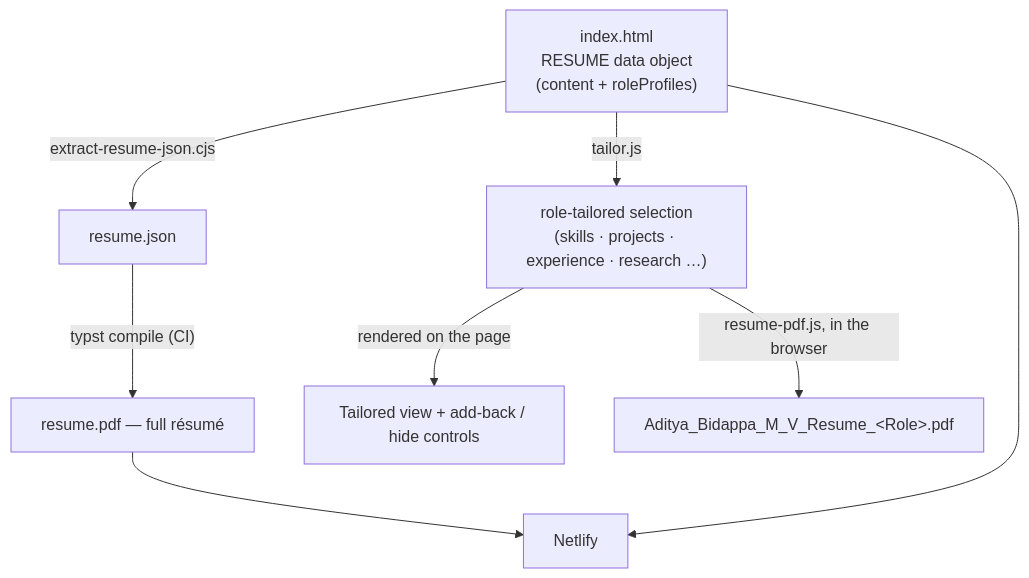
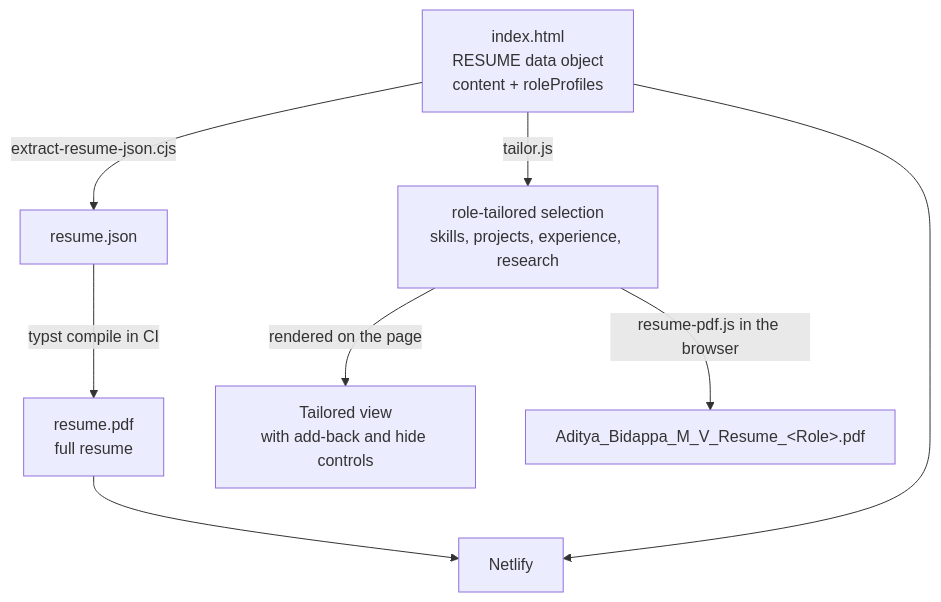
Before and after one commit to BrownJesus69/Resume: the diagram in README.md, drawn with Mermaid.

Commit message:
Make the README architecture diagram robust across Mermaid versions
Quoting the edge labels fixed the parse error, but keep the diagram simple
enough that no renderer can trip on it: ASCII-only text, no parentheses
or HTML entities in labels, and Mermaid's own #lt;/#gt; codes for the
angle brackets in the role filename.

Verified by rendering the old diagram (fails with the same parse error as
on GitHub) and the new one on Mermaid 10.9 and 11: all 7 nodes and 7 edges
render and the filename shows a literal <Role>.

````diff
--- a/README.md
+++ b/README.md
@@ -19,10 +19,10 @@
 ```mermaid
 flowchart TD
-    A["index.html<br/>RESUME data object<br/>(content + roleProfiles)"] -->|"extract-resume-json.cjs"| B["resume.json"]
-    B -->|"typst compile (CI)"| C["resume.pdf — full résumé"]
-    A -->|"tailor.js"| D["role-tailored selection<br/>(skills · projects · experience · research …)"]
-    D -->|"rendered on the page"| E["Tailored view + add-back / hide controls"]
-    D -->|"resume-pdf.js, in the browser"| F["Aditya_Bidappa_M_V_Resume_&lt;Role&gt;.pdf"]
+    A["index.html<br/>RESUME data object<br/>content + roleProfiles"] -->|"extract-resume-json.cjs"| B["resume.json"]
+    B -->|"typst compile in CI"| C["resume.pdf<br/>full resume"]
+    A -->|"tailor.js"| D["role-tailored selection<br/>skills, projects, experience, research"]
+    D -->|"rendered on the page"| E["Tailored view<br/>with add-back and hide controls"]
+    D -->|"resume-pdf.js in the browser"| F["Aditya_Bidappa_M_V_Resume_#lt;Role#gt;.pdf"]
     C --> G["Netlify"]
     A --> G
 ```
````
